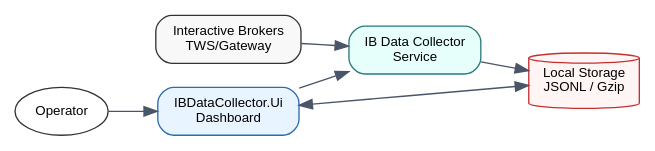
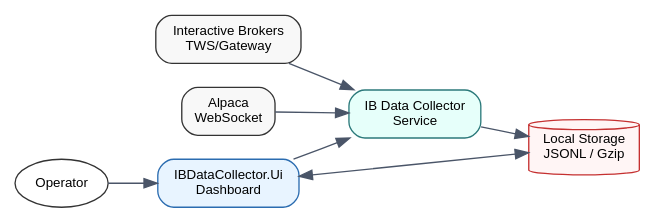
Before and after one commit to rodoHasArrived/Market-Data-Collector: the diagram in IBDataCollector_WithAlpaca_BboQuote/docs/diagrams/c4-level1-context.dot, drawn with Graphviz. The commit also changed 8 other files, not shown here.

```diff
--- a/IBDataCollector_WithAlpaca_BboQuote/docs/diagrams/c4-level1-context.dot
+++ b/IBDataCollector_WithAlpaca_BboQuote/docs/diagrams/c4-level1-context.dot
@@ -1,23 +1,21 @@
 
     digraph G {
       rankdir=LR;
       graph [fontname="Helvetica", fontsize=10, bgcolor="white"];
       node  [fontname="Helvetica", fontsize=10, shape=box, style="rounded,filled", color="#2b6cb0", fillcolor="#e8f4ff"];
       edge  [fontname="Helvetica", fontsize=10, color="#4a5568"];
 
       Operator [shape=oval, style="filled", fillcolor="#ffffff", color="#333333", label="Operator"];
-      IB      [shape=box, style="rounded,filled", fillcolor="#f8f8f8", color="#333333", label="Interactive Brokers
-TWS/Gateway"];
-      UI      [shape=box, style="rounded,filled", fillcolor="#e8f4ff", color="#2b6cb0", label="IBDataCollector.Ui
-Dashboard"];
-      COL     [shape=box, style="rounded,filled", fillcolor="#e6fffa", color="#2c7a7b", label="IB Data Collector
-Service"];
-      DISK    [shape=cylinder, style="filled", fillcolor="#fff5f5", color="#c53030", label="Local Storage
-JSONL / Gzip"];
+      IB      [shape=box, style="rounded,filled", fillcolor="#f8f8f8", color="#333333", label="Interactive Brokers\nTWS/Gateway"];
+      ALP     [shape=box, style="rounded,filled", fillcolor="#f8f8f8", color="#333333", label="Alpaca\nWebSocket"];
+      UI      [shape=box, style="rounded,filled", fillcolor="#e8f4ff", color="#2b6cb0", label="IBDataCollector.Ui\nDashboard"];
+      COL     [shape=box, style="rounded,filled", fillcolor="#e6fffa", color="#2c7a7b", label="IB Data Collector\nService"];
+      DISK    [shape=cylinder, style="filled", fillcolor="#fff5f5", color="#c53030", label="Local Storage\nJSONL / Gzip"];
 
       Operator -> UI;
       UI -> COL;
       IB -> COL;
+      ALP -> COL;
       COL -> DISK;
       UI -> DISK [dir=both];
     }
```
